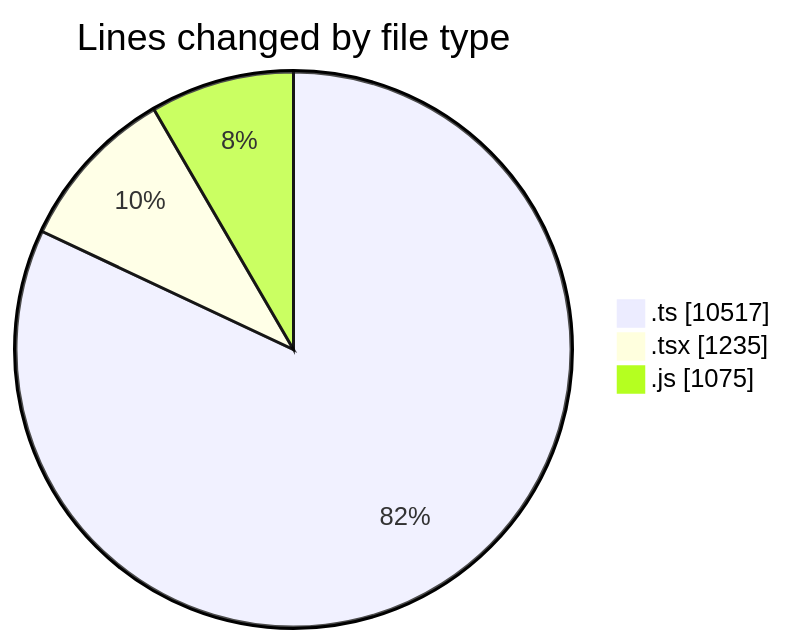
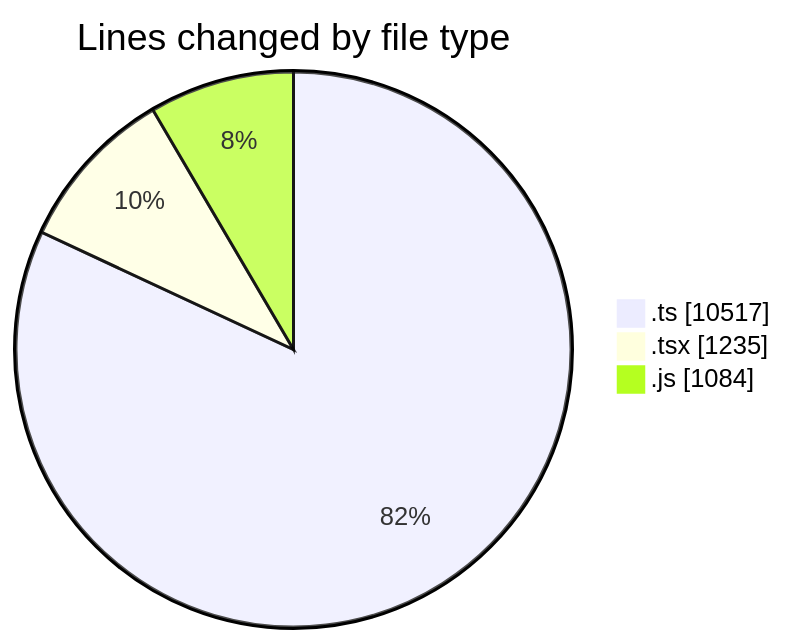
The first of 2 diagrams in 2025-06-23/cda/README.md (momahboobian/code-tracking), drawn with Mermaid before and after one commit. The commit also changed other lines of this file and 1 other file, not shown here.

````diff
--- a/2025-06-23/cda/README.md
+++ b/2025-06-23/cda/README.md
@@ -30,7 +30,7 @@
 ```mermaid
 pie showData
 title Lines changed by file type
 ".ts" : 10517
 ".tsx" : 1235
-".js" : 1075
+".js" : 1084
 ```
````
